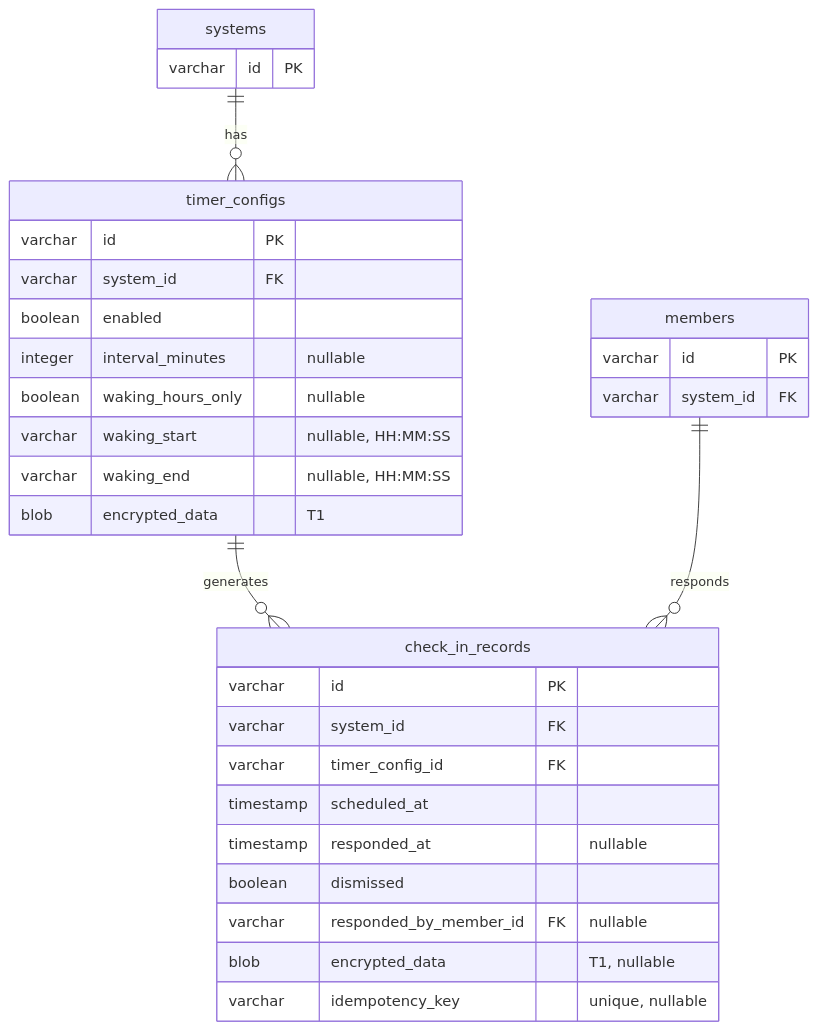
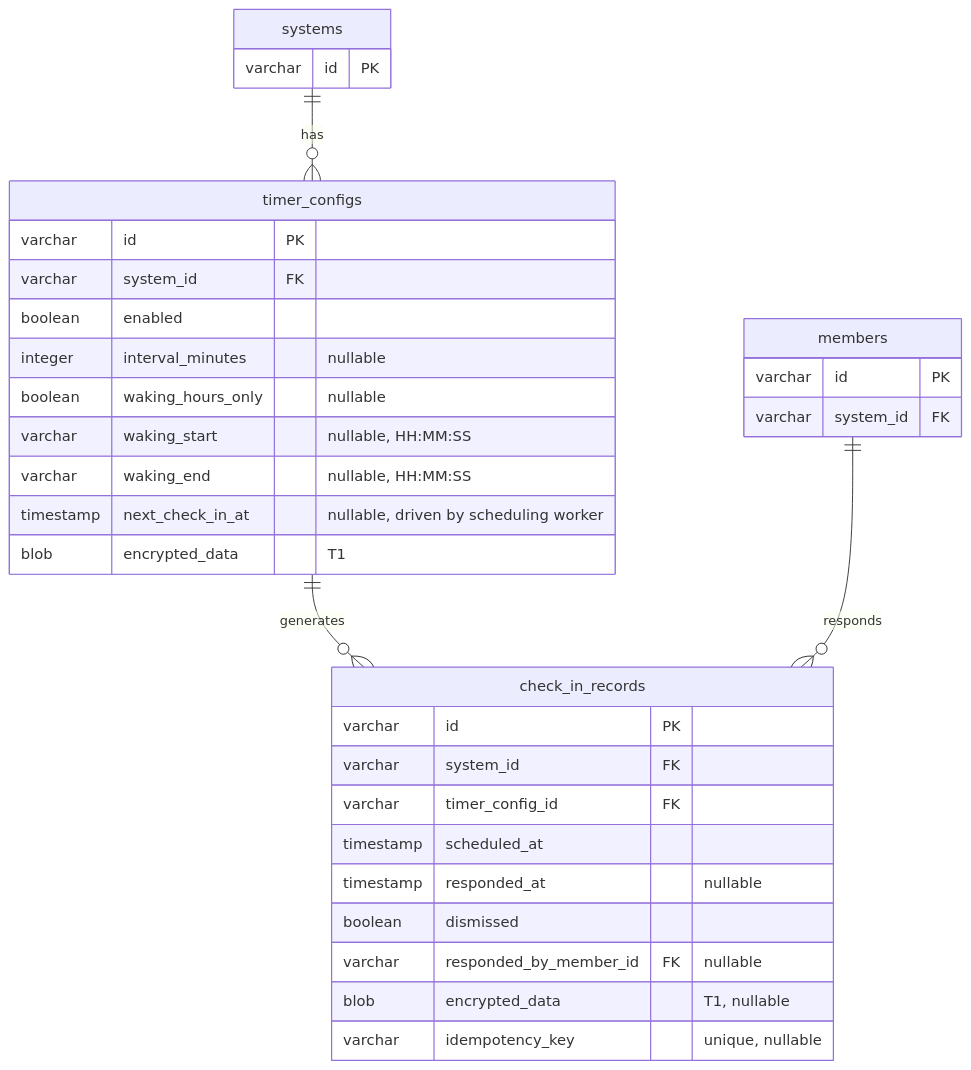
Before and after one commit to ThePrismSystem/pluralscape-mono: the seventh of 22 diagrams in docs/database-schema.md, drawn with Mermaid. The commit also changed other lines of this file and 66 other files, not shown here.

````diff
--- a/docs/database-schema.md
+++ b/docs/database-schema.md
@@ -440,38 +443,39 @@
 ```mermaid
 erDiagram
     systems {
         varchar id PK
     }
 
     members {
         varchar id PK
         varchar system_id FK
     }
 
     timer_configs {
         varchar id PK
         varchar system_id FK
         boolean enabled
         integer interval_minutes "nullable"
         boolean waking_hours_only "nullable"
         varchar waking_start "nullable, HH:MM:SS"
         varchar waking_end "nullable, HH:MM:SS"
+        timestamp next_check_in_at "nullable, driven by scheduling worker"
         blob encrypted_data "T1"
     }
 
     check_in_records {
         varchar id PK
         varchar system_id FK
         varchar timer_config_id FK
         timestamp scheduled_at
         timestamp responded_at "nullable"
         boolean dismissed
         varchar responded_by_member_id FK "nullable"
         blob encrypted_data "T1, nullable"
         varchar idempotency_key "unique, nullable"
     }
 
     systems ||--o{ timer_configs : "has"
     timer_configs ||--o{ check_in_records : "generates"
     members ||--o{ check_in_records : "responds"
 ```
````
